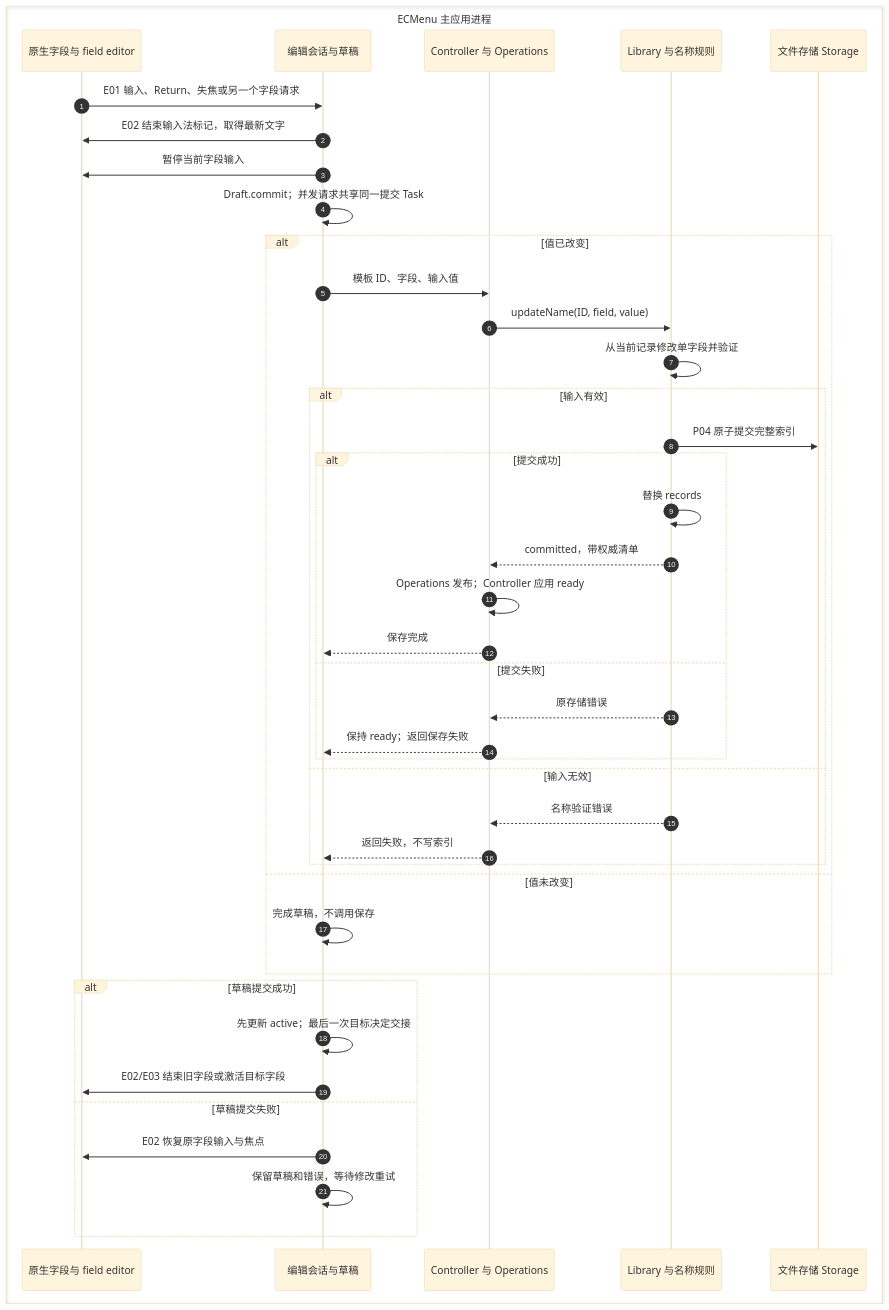
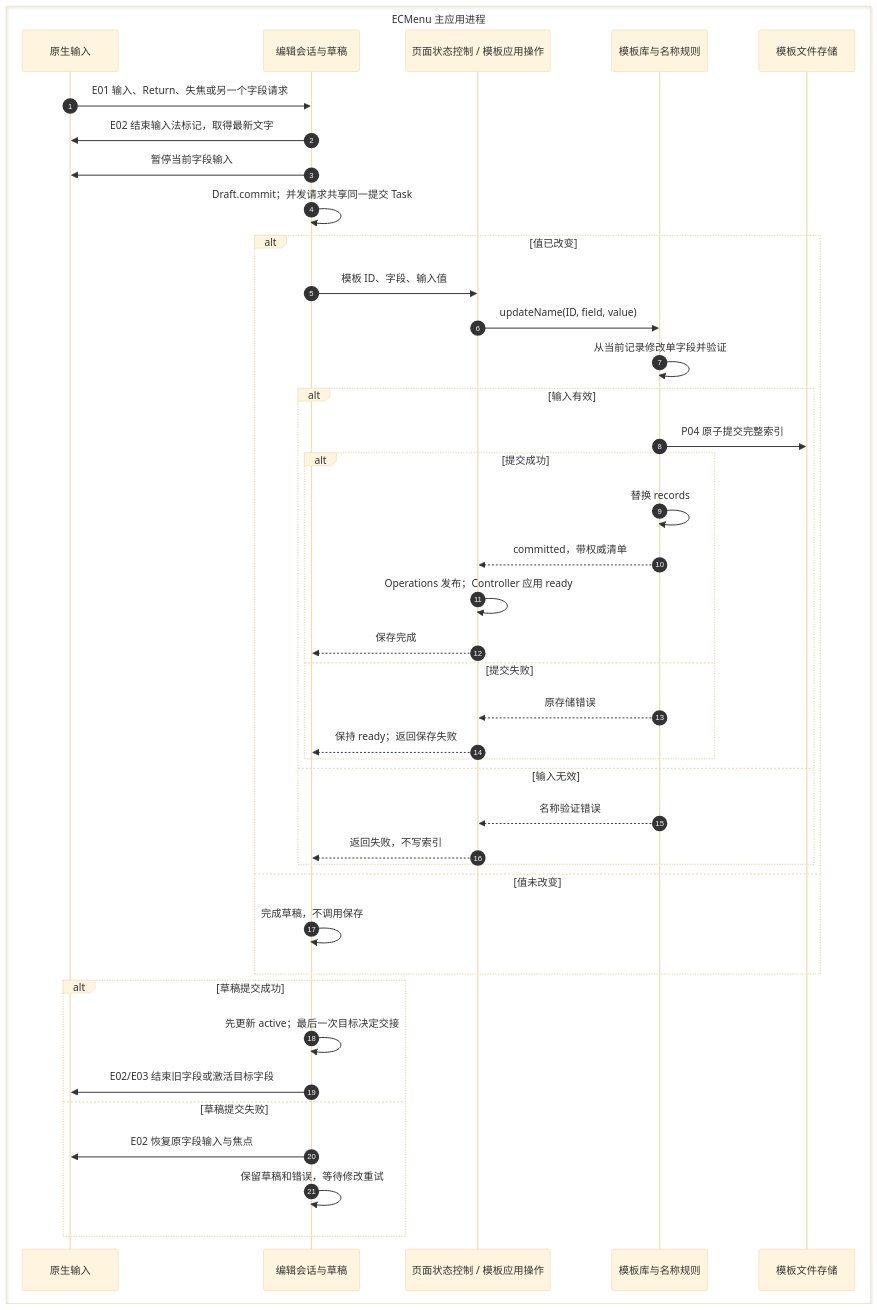
The diagram in spec/Technical/Features/NewFileTemplates/Editing.md (tlb-22/mac-tool-ecmenu), drawn with Mermaid (base theme) before and after one commit. The commit also changed other lines of this file and 38 other files, not shown here.

````diff
--- a/spec/Technical/Features/NewFileTemplates/Editing.md
+++ b/spec/Technical/Features/NewFileTemplates/Editing.md
@@ -7,44 +7,44 @@
 ```mermaid
 sequenceDiagram
     autonumber
     box ECMenu 主应用进程
-        participant F as 原生字段与 field editor
+        participant F as 原生输入
         participant E as 编辑会话与草稿
-        participant C as Controller 与 Operations
-        participant L as Library 与名称规则
-        participant S as 文件存储 Storage
+        participant C as 页面状态控制 / 模板应用操作
+        participant L as 模板库与名称规则
+        participant S as 模板文件存储
     end
     F->>E: E01 输入、Return、失焦或另一个字段请求
     E->>F: E02 结束输入法标记，取得最新文字
     E->>F: 暂停当前字段输入
     E->>E: Draft.commit；并发请求共享同一提交 Task
     alt 值已改变
         E->>C: 模板 ID、字段、输入值
         C->>L: updateName(ID, field, value)
         L->>L: 从当前记录修改单字段并验证
         alt 输入有效
             L->>S: P04 原子提交完整索引
             alt 提交成功
                 L->>L: 替换 records
                 L-->>C: committed，带权威清单
                 C->>C: Operations 发布；Controller 应用 ready
                 C-->>E: 保存完成
             else 提交失败
                 L-->>C: 原存储错误
                 C-->>E: 保持 ready；返回保存失败
             end
         else 输入无效
             L-->>C: 名称验证错误
             C-->>E: 返回失败，不写索引
         end
     else 值未改变
         E->>E: 完成草稿，不调用保存
     end
     alt 草稿提交成功
         E->>E: 先更新 active；最后一次目标决定交接
         E->>F: E02/E03 结束旧字段或激活目标字段
     else 草稿提交失败
         E->>F: E02 恢复原字段输入与焦点
         E->>E: 保留草稿和错误，等待修改重试
     end
 ```
````
